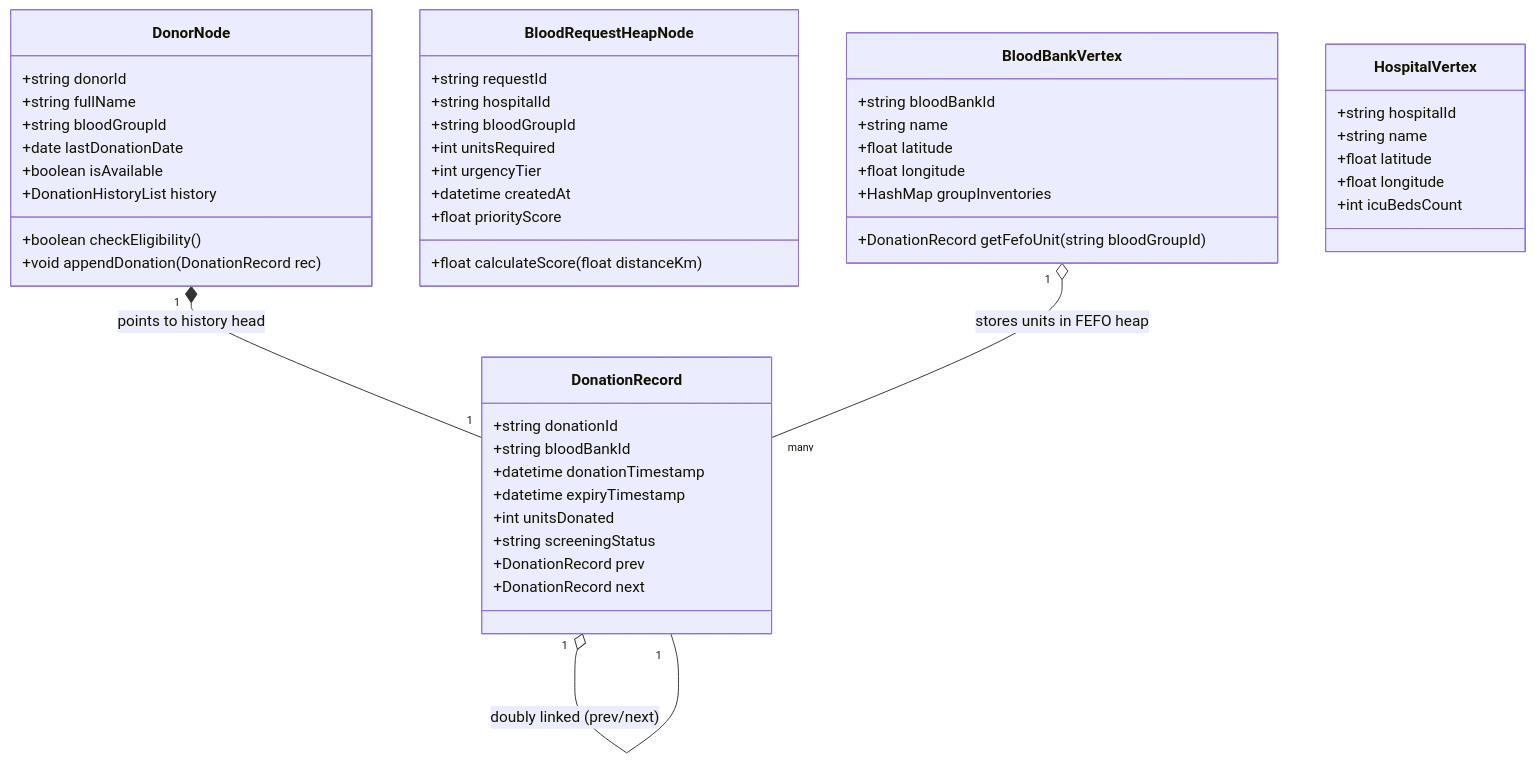
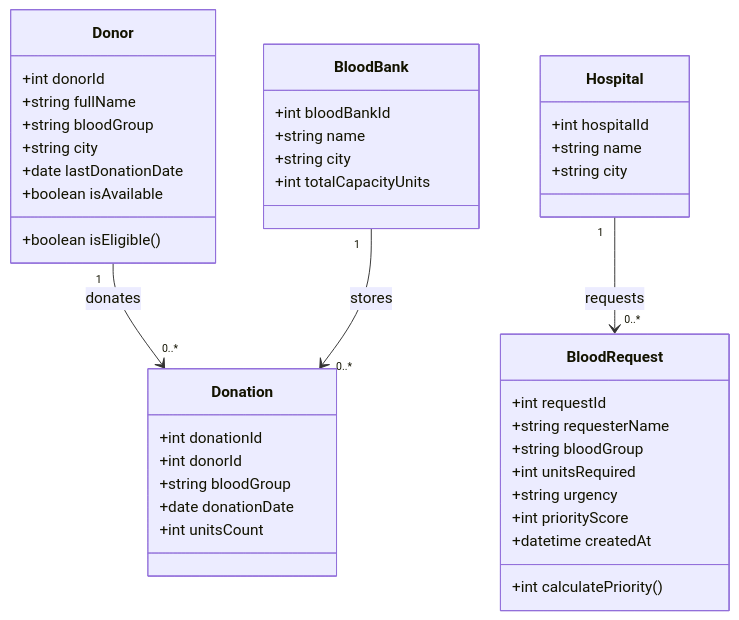
One commit to Shrey113/Assignment-1 changed the second of 2 diagrams in docs/03_entity_definitions.md. Above: the diagram before and after it, drawn with Mermaid. The commit also changed other lines of this file and 14 other files, not shown here.

Commit message:
refactor: simplify architecture, workflows, and DS flow for fast development

````diff
--- a/docs/03_entity_definitions.md
+++ b/docs/03_entity_definitions.md
@@ -258,56 +206,48 @@
 ```mermaid
 classDiagram
-    class DonorNode {
-        +string donorId
+    class Donor {
+        +int donorId
         +string fullName
-        +string bloodGroupId
+        +string bloodGroup
+        +string city
         +date lastDonationDate
         +boolean isAvailable
-        +DonationHistoryList history
-        +boolean checkEligibility()
-        +void appendDonation(DonationRecord rec)
+        +boolean isEligible()
     }
 
-    class DonationRecord {
-        +string donationId
-        +string bloodBankId
-        +datetime donationTimestamp
-        +datetime expiryTimestamp
-        +int unitsDonated
-        +string screeningStatus
-        +DonationRecord prev
-        +DonationRecord next
+    class BloodRequest {
+        +int requestId
+        +string requesterName
+        +string bloodGroup
+        +int unitsRequired
+        +string urgency
+        +int priorityScore
+        +datetime createdAt
+        +int calculatePriority()
     }
 
-    class BloodRequestHeapNode {
-        +string requestId
-        +string hospitalId
-        +string bloodGroupId
-        +int unitsRequired
-        +int urgencyTier
-        +datetime createdAt
-        +float priorityScore
-        +float calculateScore(float distanceKm)
+    class Donation {
+        +int donationId
+        +int donorId
+        +string bloodGroup
+        +date donationDate
+        +int unitsCount
     }
 
-    class BloodBankVertex {
-        +string bloodBankId
+    class BloodBank {
+        +int bloodBankId
         +string name
-        +float latitude
-        +float longitude
-        +HashMap groupInventories
-        +DonationRecord getFefoUnit(string bloodGroupId)
+        +string city
+        +int totalCapacityUnits
     }
 
-    class HospitalVertex {
-        +string hospitalId
+    class Hospital {
+        +int hospitalId
         +string name
-        +float latitude
-        +float longitude
-        +int icuBedsCount
+        +string city
     }
 
-    DonorNode "1" *-- "1" DonationRecord : points to history head
-    DonationRecord "1" o-- "1" DonationRecord : doubly linked (prev/next)
-    BloodBankVertex "1" o-- "many" DonationRecord : stores units in FEFO heap
+    Donor "1" --> "0..*" Donation : donates
+    Hospital "1" --> "0..*" BloodRequest : requests
+    BloodBank "1" --> "0..*" Donation : stores
 ```
````
